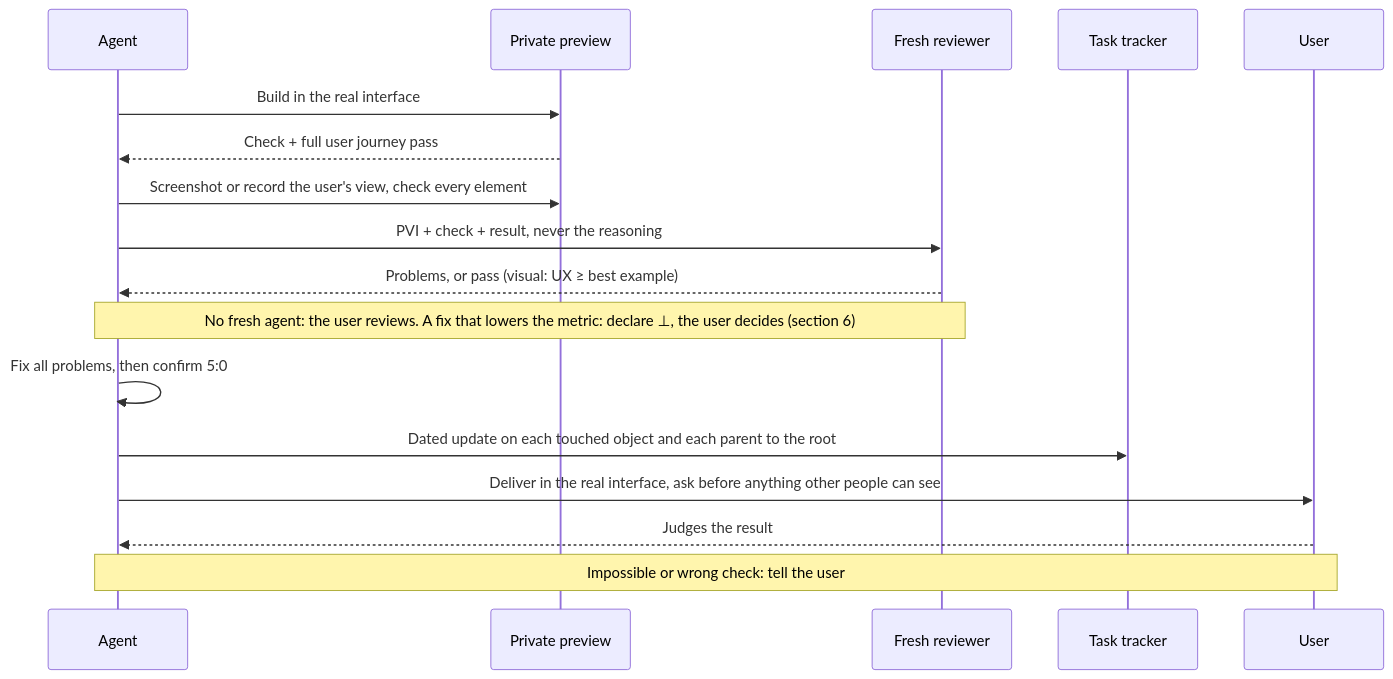
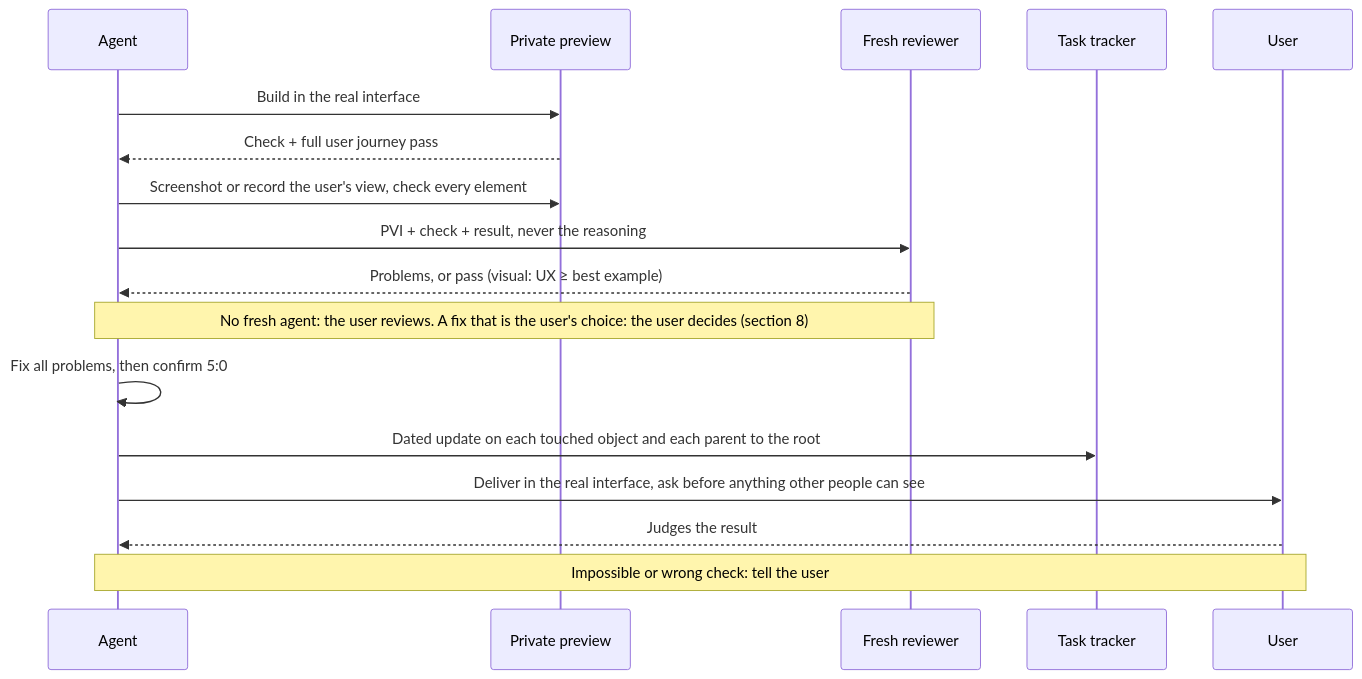
Diagram 11 of 14 in AGENTS.md (SolenixAI/arbiter), drawn with Mermaid before and after one commit. The commit also changed other lines of this file, not shown here.

````diff
--- a/AGENTS.md
+++ b/AGENTS.md
@@ -400,19 +400,19 @@
 ```mermaid
 sequenceDiagram
   participant A as Agent
   participant P as Private preview
   participant R as Fresh reviewer
   participant T as Task tracker
   participant U as User
   A->>P: Build in the real interface
   P-->>A: Check + full user journey pass
   A->>P: Screenshot or record the user's view, check every element
   A->>R: PVI + check + result, never the reasoning
   R-->>A: Problems, or pass (visual: UX ≥ best example)
-  Note over A,R: No fresh agent: the user reviews. A fix that lowers the metric: declare ⊥, the user decides (section 6)
+  Note over A,R: No fresh agent: the user reviews. A fix that is the user's choice: the user decides (section 8)
   A->>A: Fix all problems, then confirm 5:0
   A->>T: Dated update on each touched object and each parent to the root
   A->>U: Deliver in the real interface, ask before anything other people can see
   U-->>A: Judges the result
   Note over A,U: Impossible or wrong check: tell the user
 ```
````
